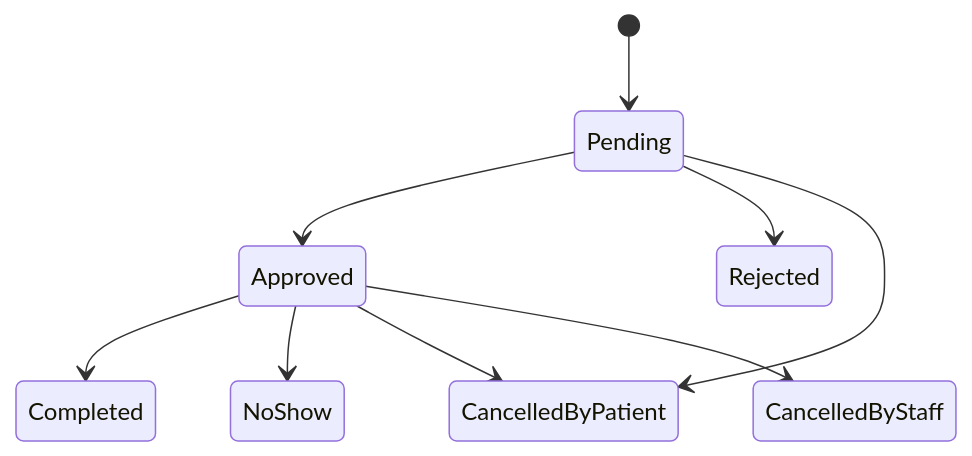
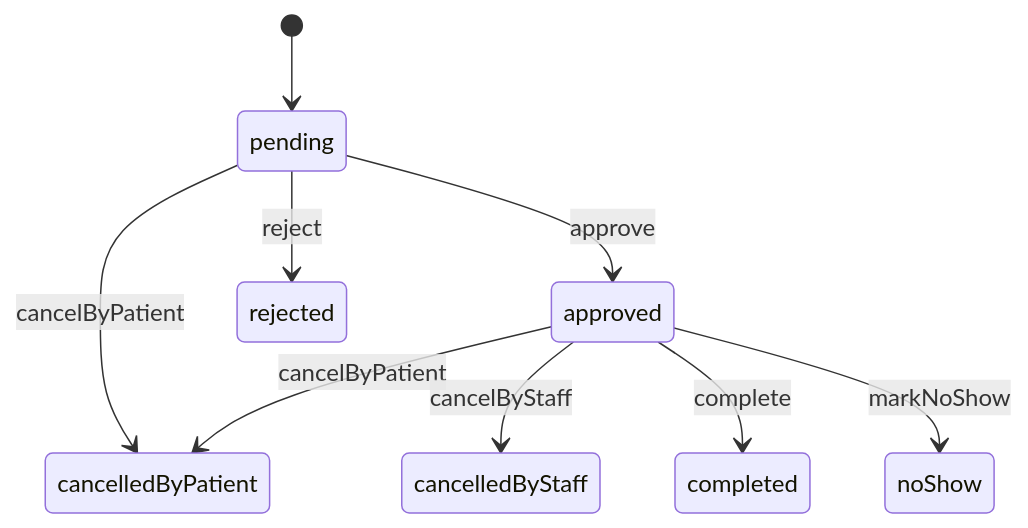
Before and after one commit to E-MRE/clinic-appointment-system: the second of 2 diagrams in README.md, drawn with Mermaid. The commit also changed other lines of this file and 2 other files, not shown here.

Commit message:
docs: update README and UML, add presentation

````diff
--- a/README.md
+++ b/README.md
@@ -66,11 +118,11 @@
 ```mermaid
 stateDiagram-v2
-  [*] --> Pending
-  Pending --> Approved
-  Pending --> Rejected
-  Pending --> CancelledByPatient
-  Approved --> Completed
-  Approved --> NoShow
-  Approved --> CancelledByPatient
-  Approved --> CancelledByStaff
+  [*] --> pending
+  pending --> approved : approve
+  pending --> rejected : reject
+  pending --> cancelledByPatient : cancelByPatient
+  approved --> cancelledByPatient : cancelByPatient
+  approved --> cancelledByStaff : cancelByStaff
+  approved --> completed : complete
+  approved --> noShow : markNoShow
 ```
````
